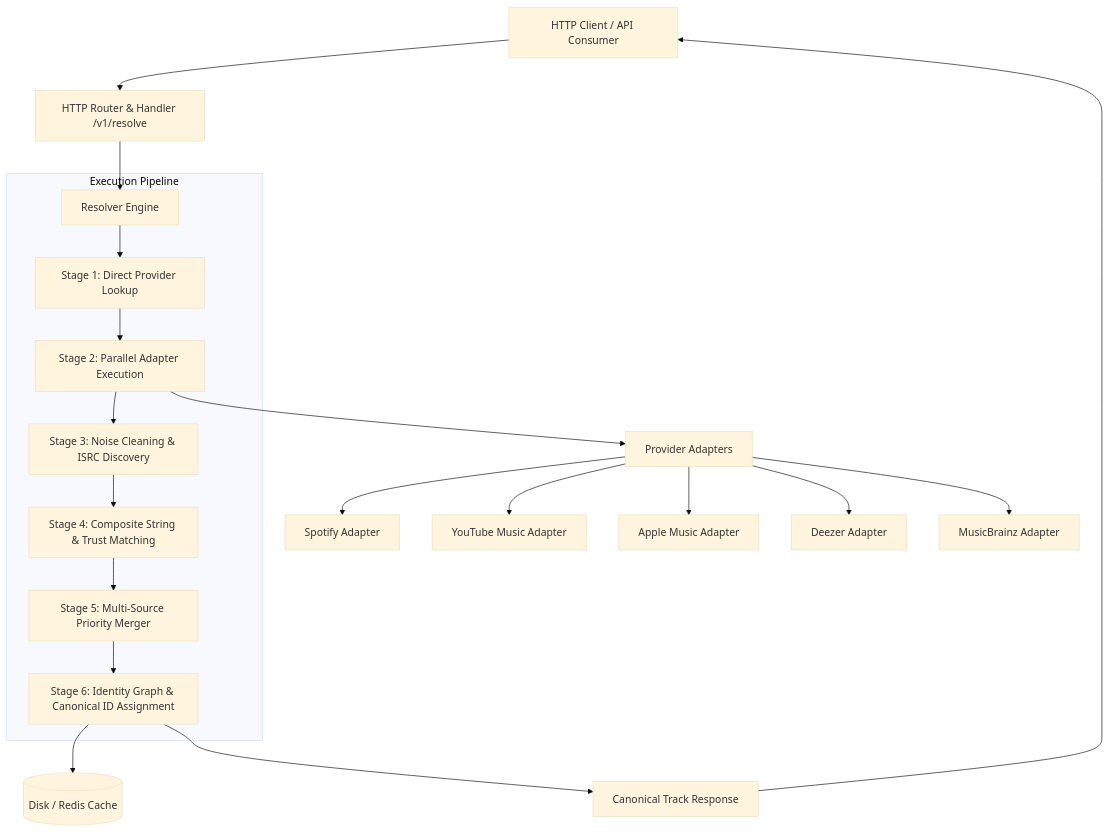
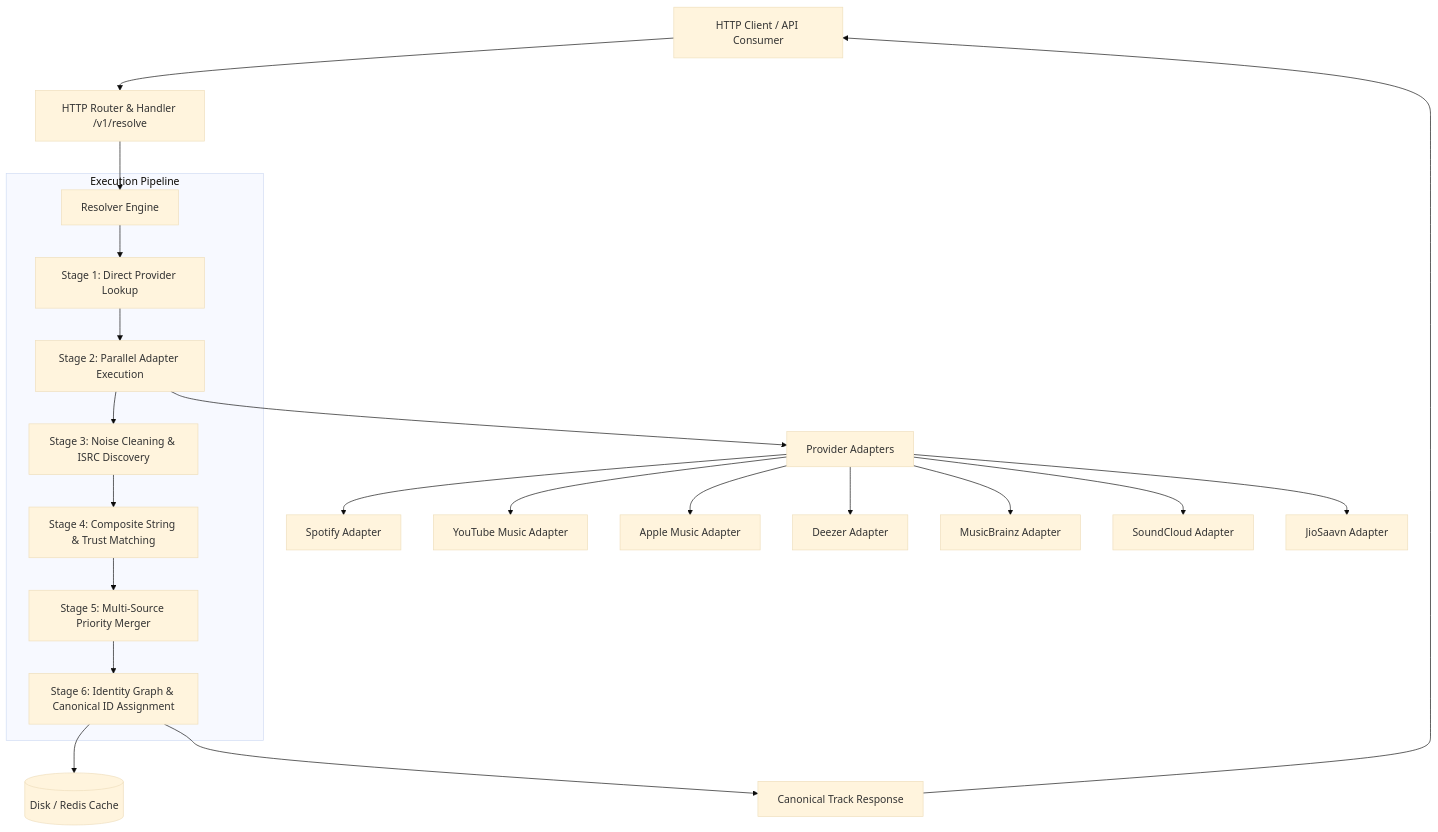
Before and after one commit to Wilooper/OpenMusicMetadataResolver-OMMR: the diagram in README.md, drawn with Mermaid (base theme). The commit also changed other lines of this file and 49 other files, not shown here.

````diff
--- a/README.md
+++ b/README.md
@@ -43,25 +43,27 @@
 ```mermaid
 flowchart TD
     Client[HTTP Client / API Consumer] --> API[HTTP Router & Handler /v1/resolve]
     API --> Res[Resolver Engine]
     
     subgraph Execution Pipeline
         Res --> S1[Stage 1: Direct Provider Lookup]
         S1 --> S2[Stage 2: Parallel Adapter Execution]
         S2 --> S3[Stage 3: Noise Cleaning & ISRC Discovery]
         S3 --> S4[Stage 4: Composite String & Trust Matching]
         S4 --> S5[Stage 5: Multi-Source Priority Merger]
         S5 --> S6[Stage 6: Identity Graph & Canonical ID Assignment]
     end
 
     S2 --> Adapters[Provider Adapters]
     Adapters --> Spotify[Spotify Adapter]
     Adapters --> YTMusic[YouTube Music Adapter]
     Adapters --> Apple[Apple Music Adapter]
     Adapters --> Deezer[Deezer Adapter]
     Adapters --> MB[MusicBrainz Adapter]
+    Adapters --> SC[SoundCloud Adapter]
+    Adapters --> JS[JioSaavn Adapter]
     
     S6 --> Cache[(Disk / Redis Cache)]
     S6 --> Response[Canonical Track Response]
     Response --> Client
 ```
````
